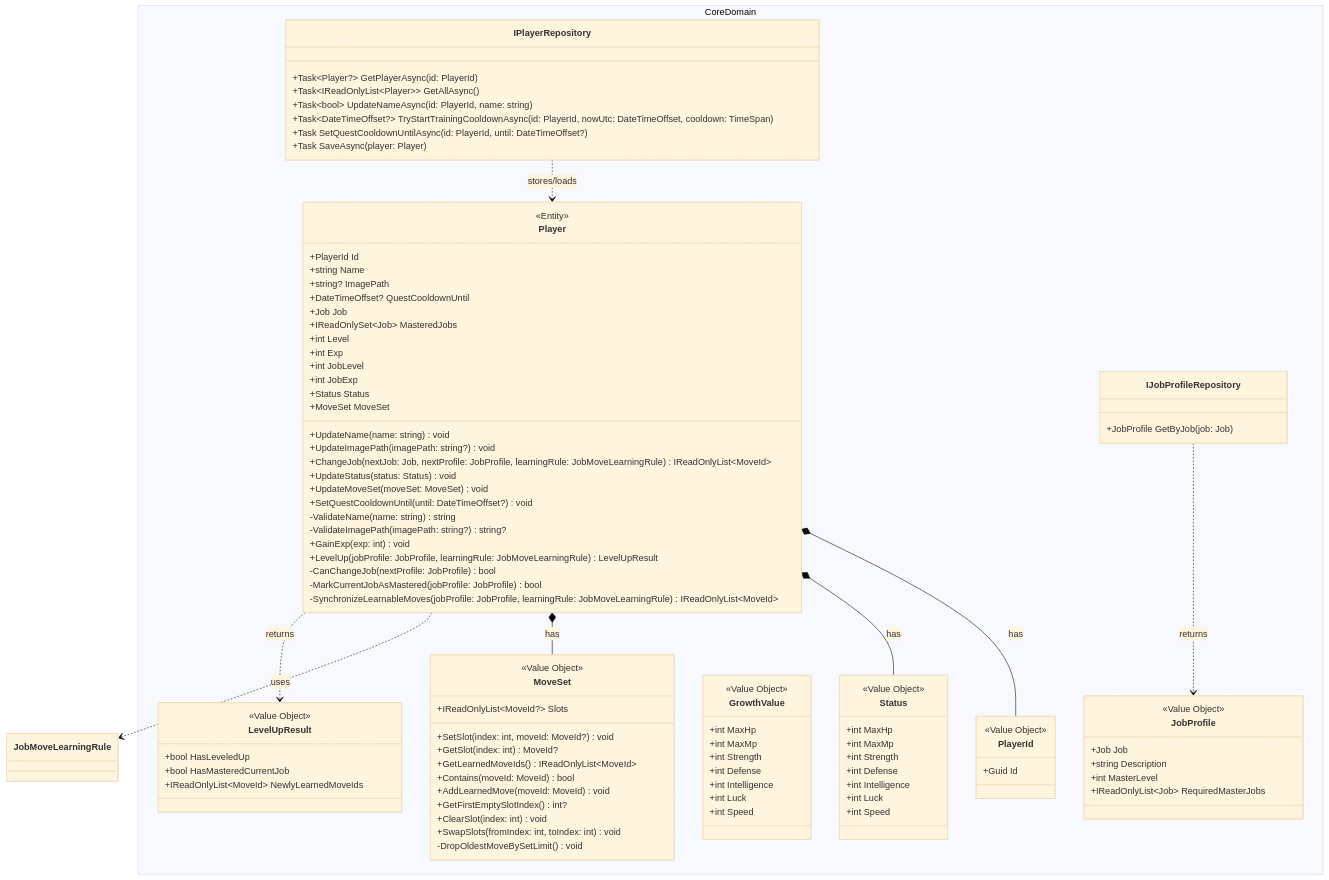
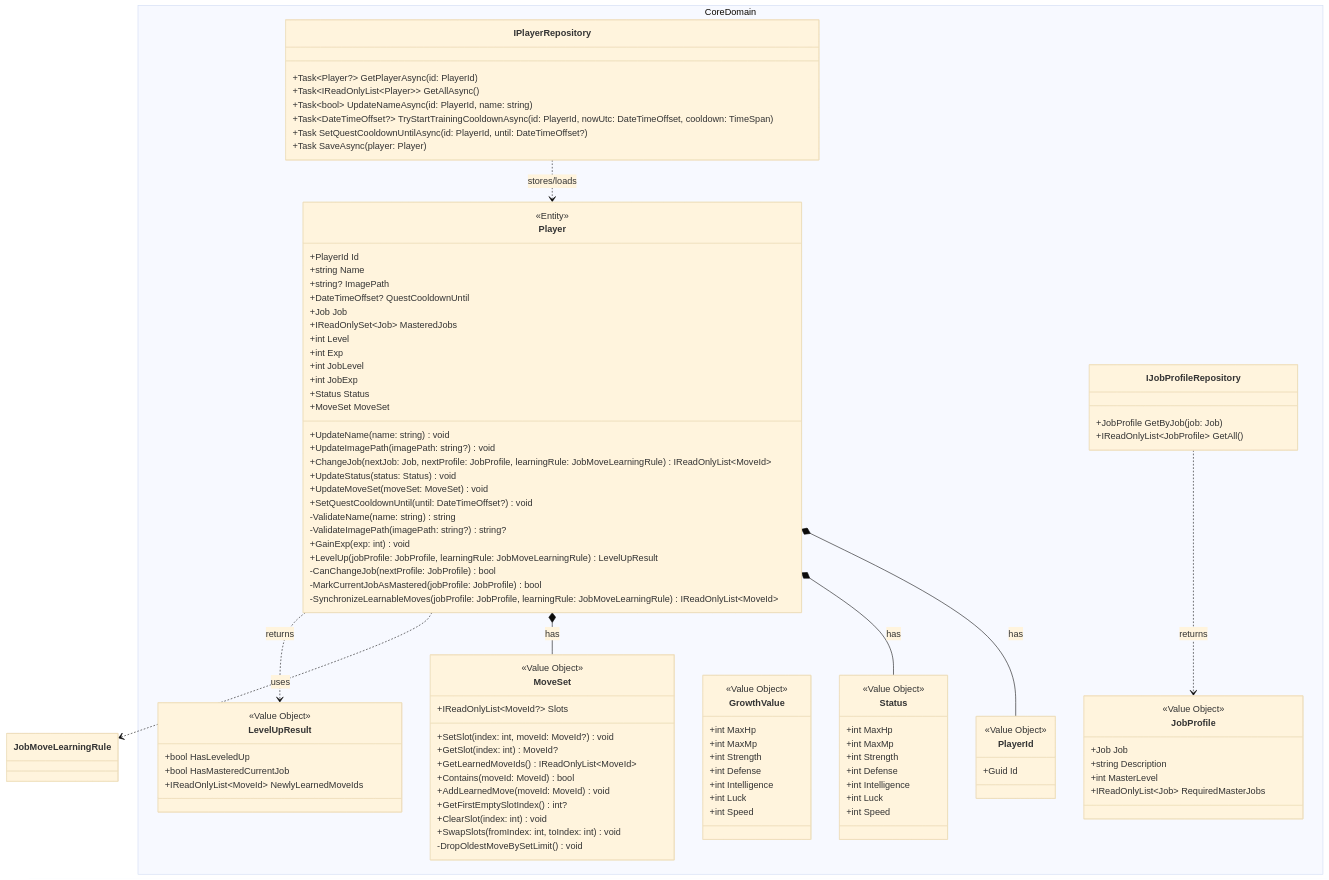
One commit to ayumu203/nisekue changed the diagram in docs/MMD01_CoreDomain.mmd. Above: the diagram before and after it, drawn with Mermaid (base theme). The commit also changed 9 other files, not shown here.

```diff
--- a/docs/MMD01_CoreDomain.mmd
+++ b/docs/MMD01_CoreDomain.mmd
@@ -1,120 +1,121 @@
 classDiagram
     %% Enum 定義は docs/MMD21_Enum.mmd を参照
     namespace CoreDomain {
         %% Player の基本情報
         class Player {
             <<Entity>>
             +PlayerId Id
             +string Name
             +string? ImagePath
             +DateTimeOffset? QuestCooldownUntil
             +Job Job
             +IReadOnlySet~Job~ MasteredJobs
             +int Level
             +int Exp
             +int JobLevel
             +int JobExp
             +Status Status
             +MoveSet MoveSet
             +UpdateName(name: string) void
             +UpdateImagePath(imagePath: string?) void
             +ChangeJob(nextJob: Job, nextProfile: JobProfile, learningRule: JobMoveLearningRule) IReadOnlyList~MoveId~
             +UpdateStatus(status: Status) void
             +UpdateMoveSet(moveSet: MoveSet) void
             +SetQuestCooldownUntil(until: DateTimeOffset?) void
             -ValidateName(name: string) string
             -ValidateImagePath(imagePath: string?) string?
             +GainExp(exp: int) void
             +LevelUp(jobProfile: JobProfile, learningRule: JobMoveLearningRule) LevelUpResult
             -CanChangeJob(nextProfile: JobProfile) bool
             -MarkCurrentJobAsMastered(jobProfile: JobProfile) bool
             -SynchronizeLearnableMoves(jobProfile: JobProfile, learningRule: JobMoveLearningRule) IReadOnlyList~MoveId~
         }
 
         %% 転職ルール:
         %% - 同一ジョブへの転職は不可
         %% - Apprentice は初期ジョブ専用で転職先には含めない
         %% - required_master_job_* が未設定の現行ジョブは Player Level 5 以上で転職可能
         %% - 将来の上級職は required_master_job_* に定義した全ジョブの mastered を要求
         %% - 転職時に技は習得しない。技習得は LevelUp 時のみ行う
         %% - Level / Exp はプレイヤー共通の成長値でジョブ変更では維持する
         %% - JobLevel / JobExp は現在職専用の値で、転職時に 1 / 0 へリセットする
         %% - ステータス成長、技習得、ジョブマスター判定は JobLevel を使う
 
         class PlayerId {
             <<Value Object>>
             +Guid Id
         }
 
         class Status {
             <<Value Object>>
             +int MaxHp
             +int MaxMp
             +int Strength
             +int Defense
             +int Intelligence
             +int Luck
             +int Speed
         }
 
         class GrowthValue {
             <<Value Object>>
             +int MaxHp
             +int MaxMp
             +int Strength
             +int Defense
             +int Intelligence
             +int Luck
             +int Speed
         }
 
         class JobProfile {
             <<Value Object>>
             +Job Job
             +string Description
             +int MasterLevel
             +IReadOnlyList~Job~ RequiredMasterJobs
         }
 
         class LevelUpResult {
             <<Value Object>>
             +bool HasLeveledUp
             +bool HasMasteredCurrentJob
             +IReadOnlyList~MoveId~ NewlyLearnedMoveIds
         }
 
         class MoveSet {
             <<Value Object>>
             +IReadOnlyList~MoveId?~ Slots
             +SetSlot(index: int, moveId: MoveId?) void
             +GetSlot(index: int) MoveId?
             +GetLearnedMoveIds() IReadOnlyList~MoveId~
             +Contains(moveId: MoveId) bool
             +AddLearnedMove(moveId: MoveId) void
             +GetFirstEmptySlotIndex() int?
             +ClearSlot(index: int) void
             +SwapSlots(fromIndex: int, toIndex: int) void
             -DropOldestMoveBySetLimit() void
         }
 
         class IPlayerRepository {
             +Task~Player?~ GetPlayerAsync(id: PlayerId)
             +Task~IReadOnlyList~Player~~ GetAllAsync()
             +Task~bool~ UpdateNameAsync(id: PlayerId, name: string)
             +Task~DateTimeOffset?~ TryStartTrainingCooldownAsync(id: PlayerId, nowUtc: DateTimeOffset, cooldown: TimeSpan)
             +Task SetQuestCooldownUntilAsync(id: PlayerId, until: DateTimeOffset?)
             +Task SaveAsync(player: Player)
         }
 
         class IJobProfileRepository {
             +JobProfile GetByJob(job: Job)
+            +IReadOnlyList~JobProfile~ GetAll()
         }
     }
 
     Player *-- PlayerId : has
     Player *-- Status : has
     Player *-- MoveSet : has
     Player ..> JobMoveLearningRule : uses
     Player ..> LevelUpResult : returns
     IJobProfileRepository ..> JobProfile : returns
     IPlayerRepository ..> Player : stores/loads
```
